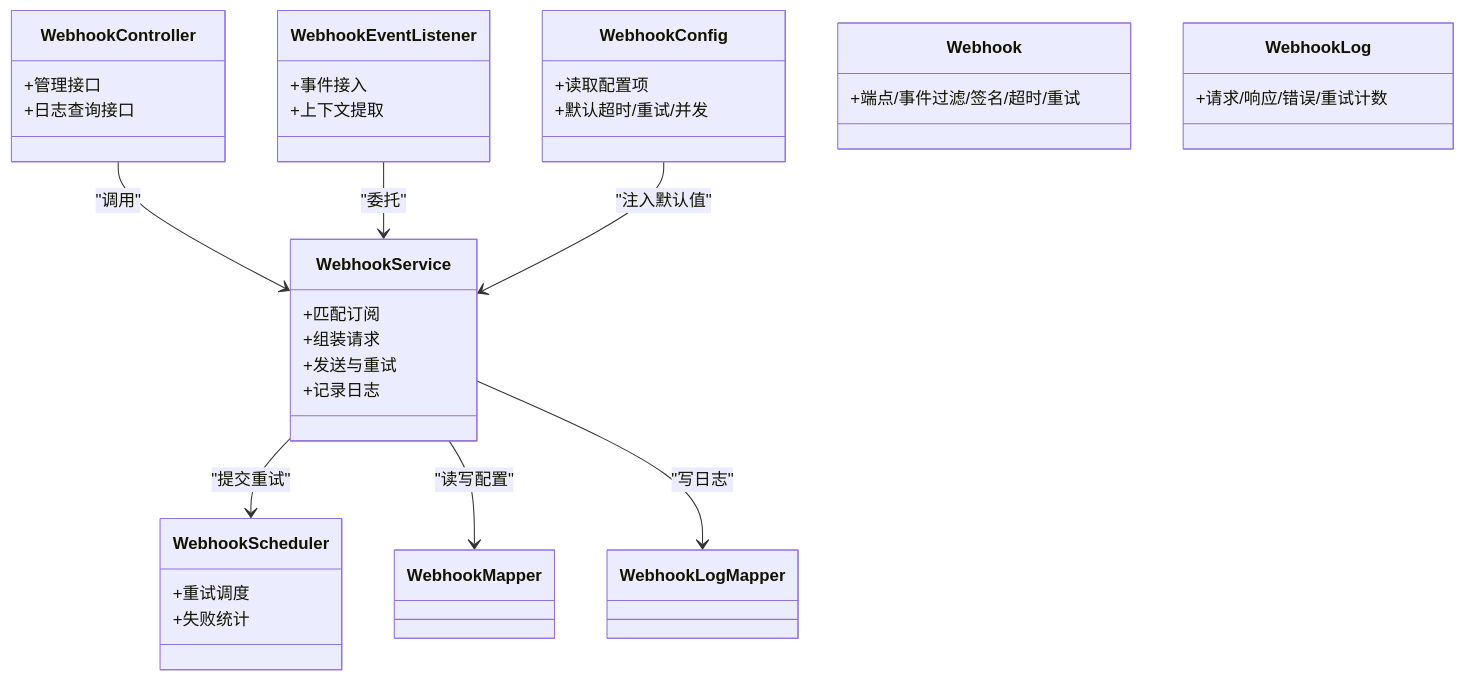
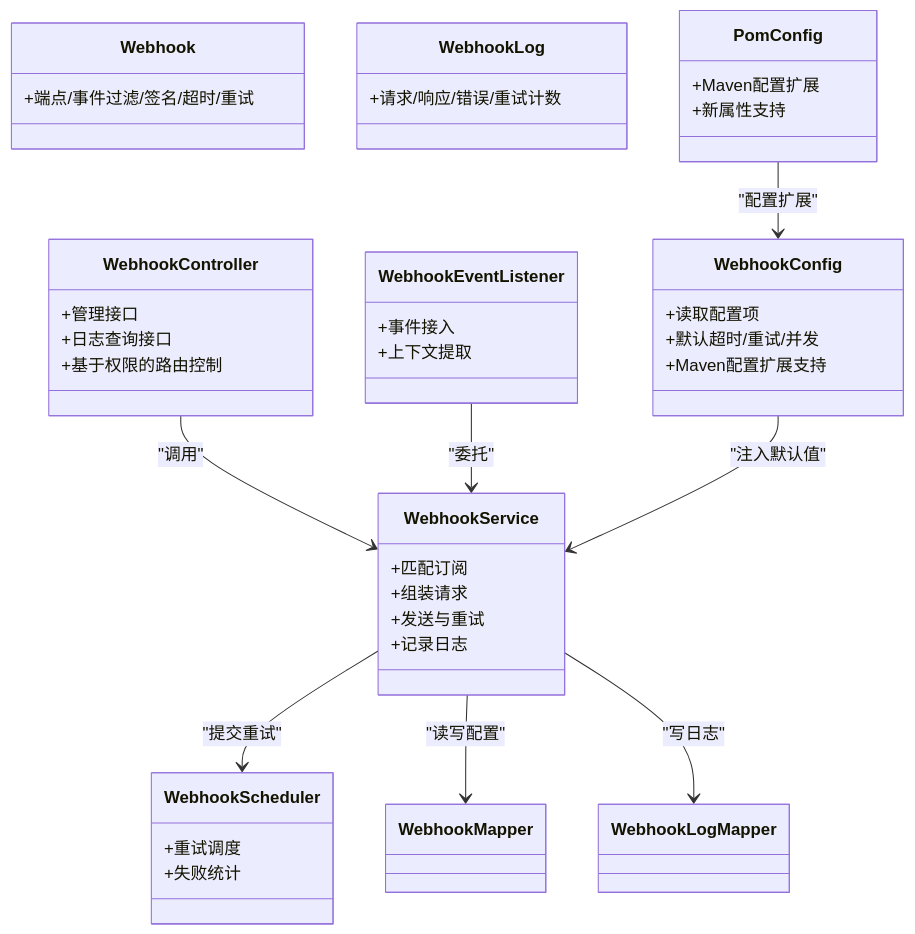
Before and after one commit to liming-lihaini/workflow: the third of 3 diagrams in .qoder/repowiki/zh/content/扩展开发指南/Webhook事件集成.md, drawn with Mermaid. The commit also changed other lines of this file and 9 other files, not shown here.

````diff
--- a/.qoder/repowiki/zh/content/扩展开发指南/Webhook事件集成.md
+++ b/.qoder/repowiki/zh/content/扩展开发指南/Webhook事件集成.md
@@ -258,39 +286,46 @@
 ```mermaid
 classDiagram
 class WebhookConfig {
 +读取配置项
 +默认超时/重试/并发
++Maven配置扩展支持
 }
 class WebhookController {
 +管理接口
 +日志查询接口
++基于权限的路由控制
 }
 class WebhookService {
 +匹配订阅
 +组装请求
 +发送与重试
 +记录日志
 }
 class WebhookScheduler {
 +重试调度
 +失败统计
 }
 class WebhookEventListener {
 +事件接入
 +上下文提取
 }
 class Webhook {
 +端点/事件过滤/签名/超时/重试
 }
 class WebhookLog {
 +请求/响应/错误/重试计数
 }
 class WebhookMapper
 class WebhookLogMapper
+class PomConfig {
++Maven配置扩展
++新属性支持
+}
 WebhookController --> WebhookService : "调用"
 WebhookEventListener --> WebhookService : "委托"
 WebhookService --> WebhookScheduler : "提交重试"
 WebhookService --> WebhookMapper : "读写配置"
 WebhookService --> WebhookLogMapper : "写日志"
 WebhookConfig --> WebhookService : "注入默认值"
+PomConfig --> WebhookConfig : "配置扩展"
 ```
````
